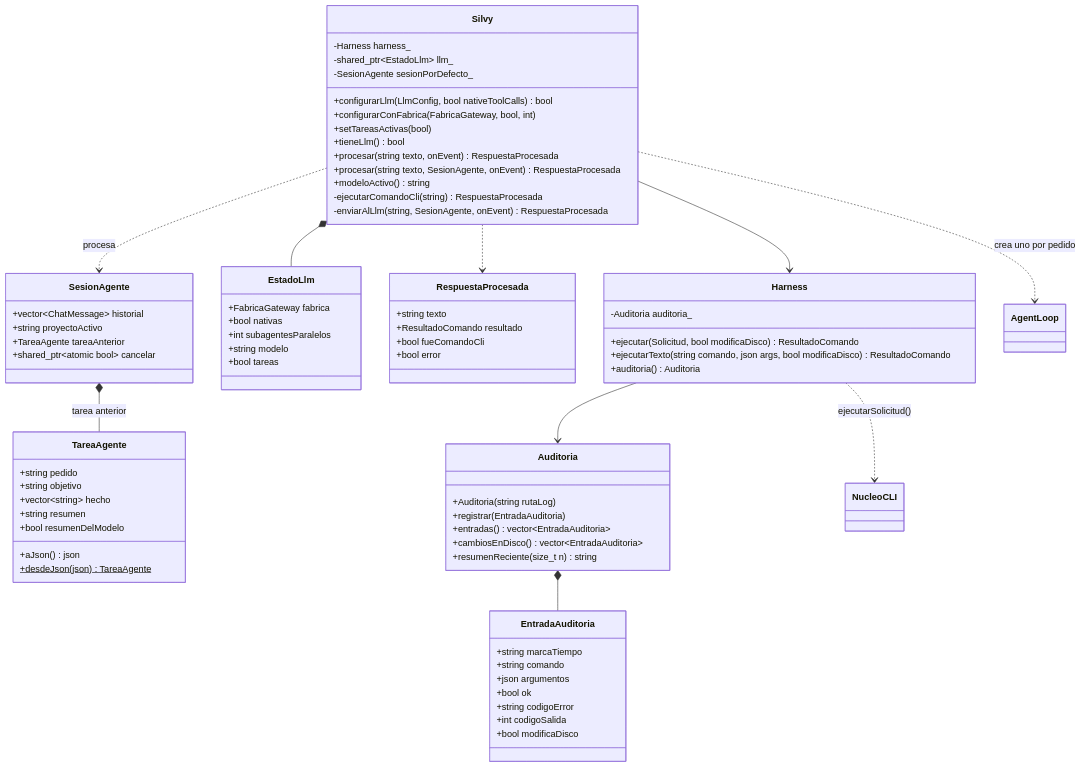
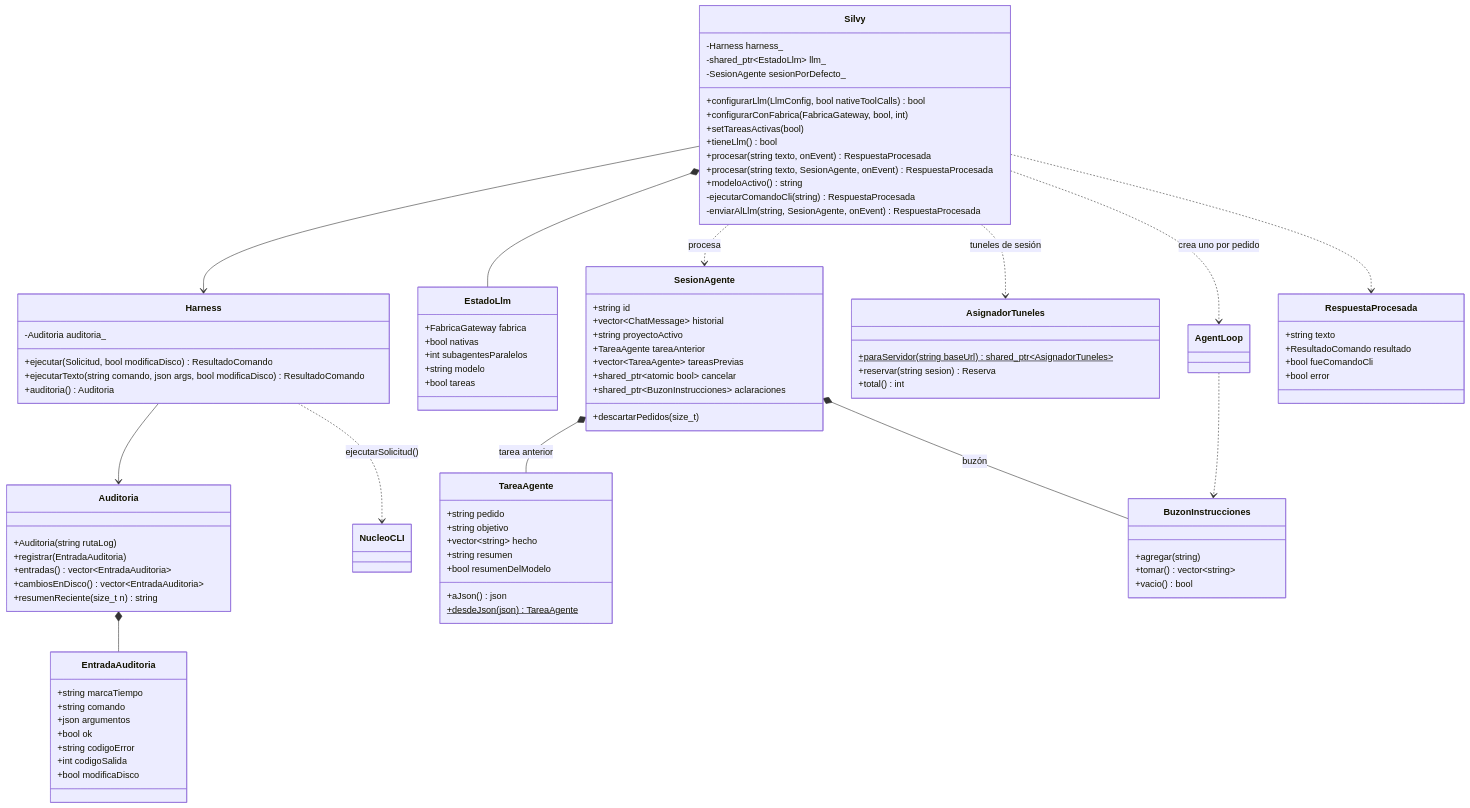
Before and after one commit to FunshiEngine/FunshiEngineCLI: the third of 8 diagrams in doc/uml/DiagramaClases.es.md, drawn with Mermaid. The commit also changed other lines of this file and 4 other files, not shown here.

```diff
--- a/doc/uml/DiagramaClases.es.md
+++ b/doc/uml/DiagramaClases.es.md
@@ -150,10 +150,24 @@
         -enviarAlLlm(string, SesionAgente, onEvent) RespuestaProcesada
     }
     class SesionAgente {
+        +string id
         +vector~ChatMessage~ historial
         +string proyectoActivo
         +TareaAgente tareaAnterior
+        +vector~TareaAgente~ tareasPrevias
         +shared_ptr~atomic bool~ cancelar
+        +shared_ptr~BuzonInstrucciones~ aclaraciones
+        +descartarPedidos(size_t)
+    }
+    class BuzonInstrucciones {
+        +agregar(string)
+        +tomar() vector~string~
+        +vacio() bool
+    }
+    class AsignadorTuneles {
+        +paraServidor(string baseUrl)$ shared_ptr~AsignadorTuneles~
+        +reservar(string sesion) Reserva
+        +total() int
     }
     class TareaAgente {
         +string pedido
@@ -204,6 +218,9 @@
     Silvy *-- EstadoLlm
     Silvy ..> SesionAgente : procesa
     SesionAgente *-- TareaAgente : tarea anterior
+    SesionAgente *-- BuzonInstrucciones : buzón
+    AgentLoop ..> BuzonInstrucciones
+    Silvy ..> AsignadorTuneles : tuneles de sesión
     Silvy ..> AgentLoop : crea uno por pedido
     Silvy ..> RespuestaProcesada
     Harness --> Auditoria
```
